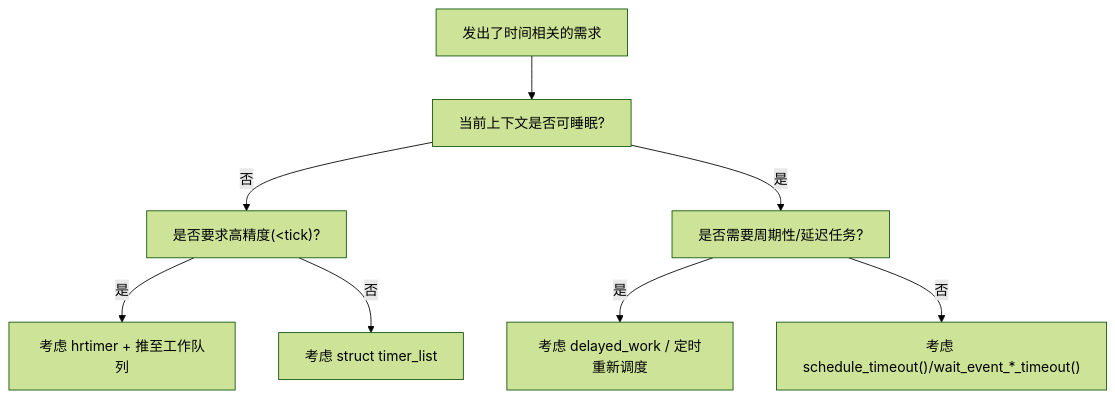
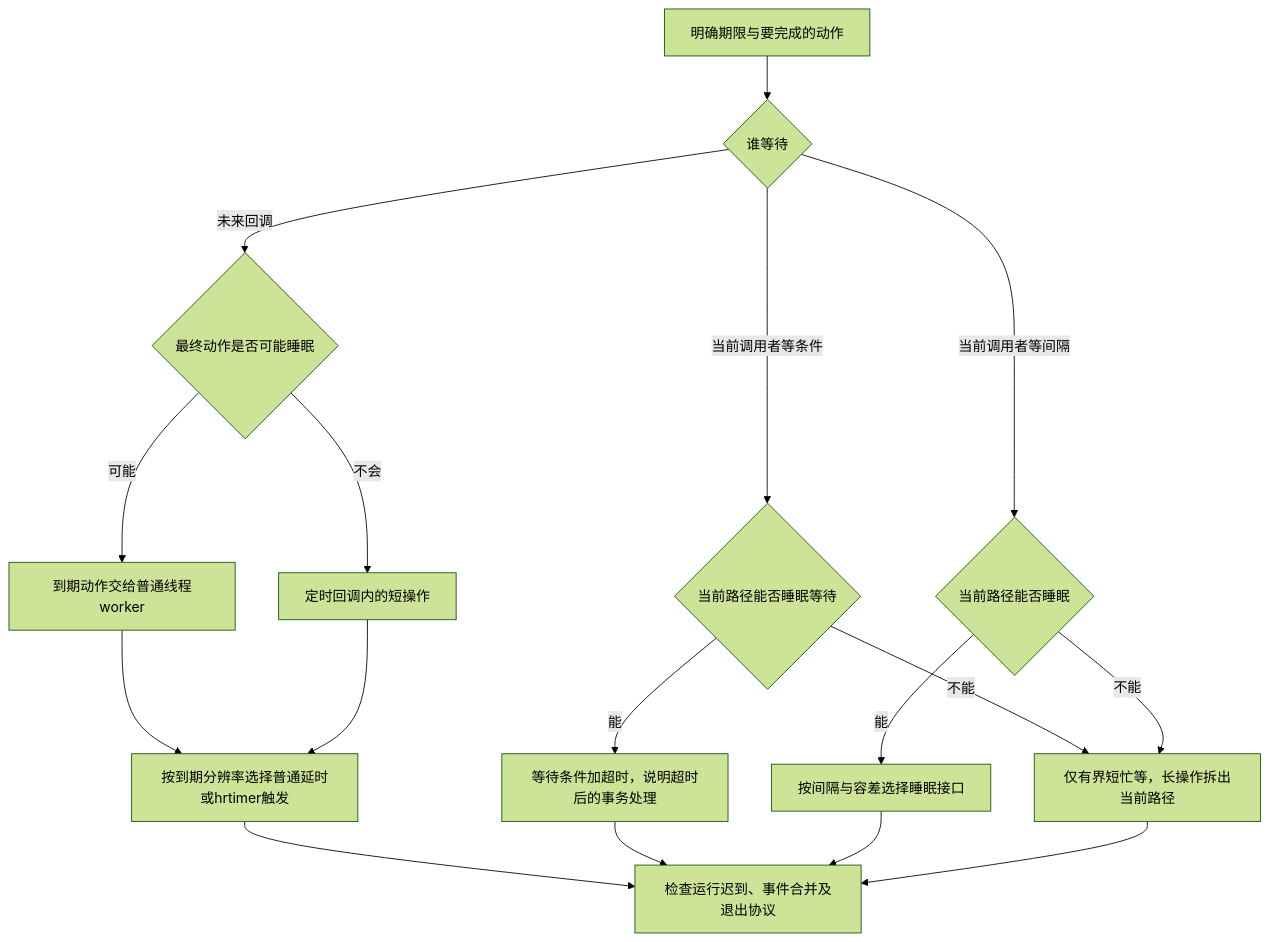
The second of 2 diagrams in knowledge/linux/synchronization_and_asynchrony/asynchrony/timers/P01_驱动中的_时间问题_概述.md (FormingSystem/linux_note), drawn with Mermaid (forest theme) before and after one commit. The commit also changed other lines of this file and 4 other files, not shown here.

````diff
--- a/knowledge/linux/synchronization_and_asynchrony/asynchrony/timers/P01_驱动中的_时间问题_概述.md
+++ b/knowledge/linux/synchronization_and_asynchrony/asynchrony/timers/P01_驱动中的_时间问题_概述.md
@@ -117,10 +82,19 @@
 ```mermaid
 flowchart TD
-    A["发出了时间相关的需求"] --> B["当前上下文是否可睡眠?"]
-    B -->|否| C["是否要求高精度(&lt;tick)?"]
-    B -->|是| D["是否需要周期性/延迟任务?"]
-    C -->|是| E["考虑 hrtimer + 推至工作队列"]
-    C -->|否| F["考虑 struct timer_list"]
-    D -->|是| G["考虑 delayed_work / 定时重新调度"]
-    D -->|否| H["考虑 schedule_timeout()/wait_event_*_timeout()"]
+    A[明确期限与要完成的动作] --> B{谁等待}
+    B -->|当前调用者等条件| C{当前路径能否睡眠等待}
+    C -->|能| CW[等待条件加超时，说明超时后的事务处理]
+    C -->|不能| F
+    B -->|当前调用者等间隔| D{当前路径能否睡眠}
+    D -->|能| E[按间隔与容差选择睡眠接口]
+    D -->|不能| F[仅有界短忙等，长操作拆出当前路径]
+    B -->|未来回调| G{最终动作是否可能睡眠}
+    G -->|可能| H[到期动作交给普通线程worker]
+    G -->|不会| J[定时回调内的短操作]
+    H --> K[按到期分辨率选择普通延时或hrtimer触发]
+    J --> K
+    K --> L[检查运行迟到、事件合并及退出协议]
+    CW --> L
+    E --> L
+    F --> L
 ```
````
